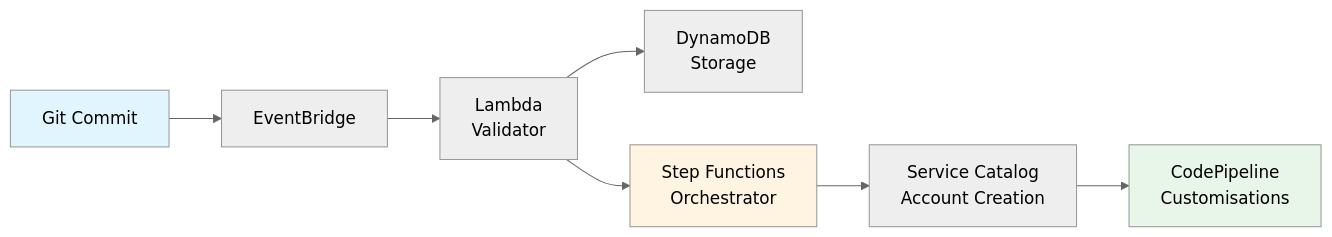
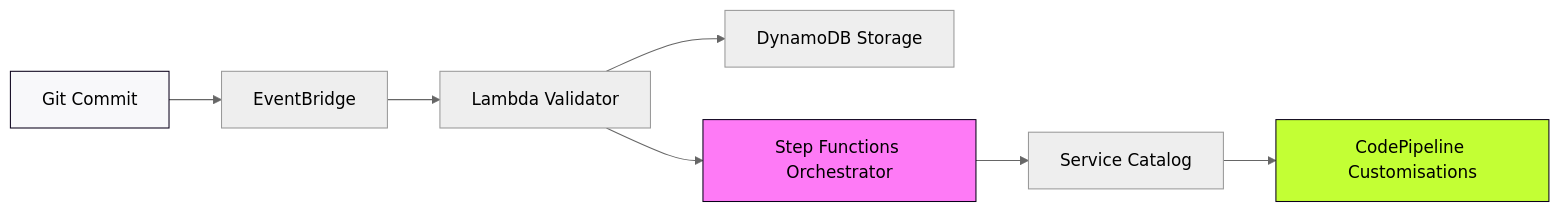
The diagram in slides/02-architecture.md (ken-createfuture-demo/aft-demo-presentation), drawn with Mermaid (neutral theme) before and after one commit. The commit also changed other lines of this file, not shown here.

````diff
--- a/slides/02-architecture.md
+++ b/slides/02-architecture.md
@@ -21,13 +39,14 @@
 ```mermaid
 graph LR
     A[Git Commit] --> B[EventBridge]
-    B --> C[Lambda<br/>Validator]
-    C --> D[DynamoDB<br/>Storage]
-    C --> E[Step Functions<br/>Orchestrator]
-    E --> F[Service Catalog<br/>Account Creation]
-    F --> G[CodePipeline<br/>Customisations]
+    B --> C[Lambda Validator]
+    C --> D[DynamoDB Storage]
+    C --> E[Step Functions Orchestrator]
+    E --> F[Service Catalog]
+    F --> G[CodePipeline Customisations]
     
-    style A fill:#e1f5ff
-    style E fill:#fff4e1
-    style G fill:#e8f5e9
+    style A fill:#F8F8FA,stroke:#0A001A
+    style E fill:#FE7AF6,stroke:#0A001A
+    style G fill:#C3FF34,stroke:#0A001A
+
 ```
````
